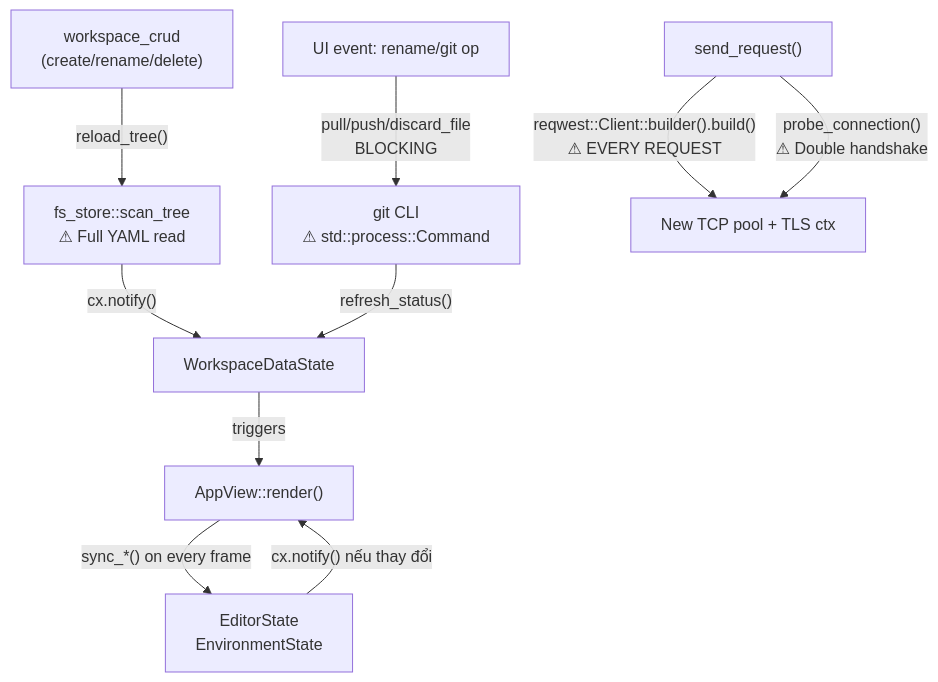
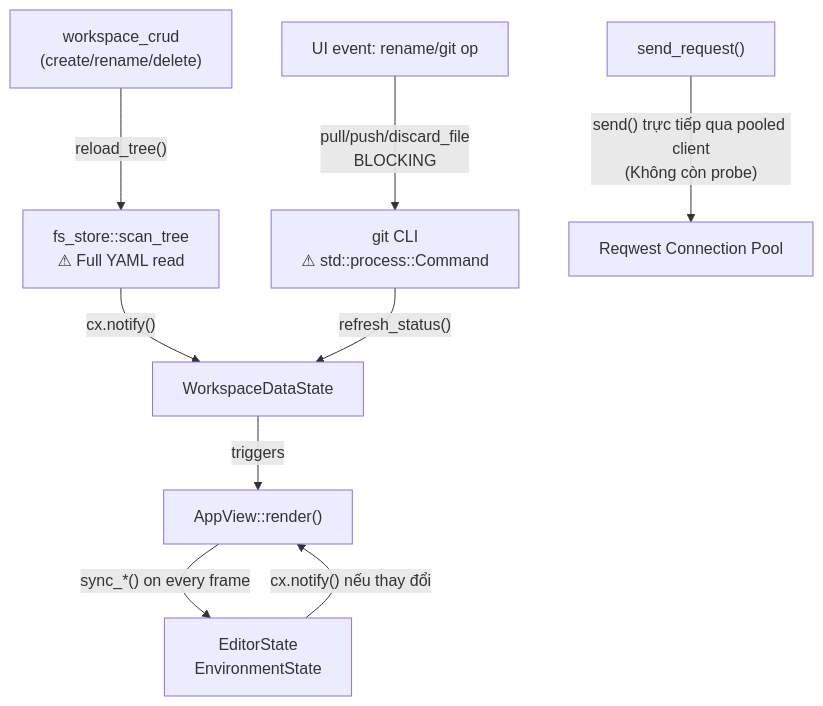
One commit to dungmv/rest-client changed the first of 2 diagrams in docs/technical-debt-02.md. Above: the diagram before and after it, drawn with Mermaid. The commit also changed other lines of this file and 3 other files, not shown here.

First line of the commit message:
perf(core): reuse reqwest::Client connection pool and remove redundant TCP probe

````diff
--- a/docs/technical-debt-02.md
+++ b/docs/technical-debt-02.md
@@ -455,14 +450,13 @@
 ```mermaid
 flowchart TD
     A["workspace_crud\n(create/rename/delete)"] -->|"reload_tree()"| B["fs_store::scan_tree\n⚠ Full YAML read"]
     B -->|"cx.notify()"| C["WorkspaceDataState"]
     C -->|triggers| D["AppView::render()"]
     D -->|"sync_*() on every frame"| E["EditorState\nEnvironmentState"]
     E -->|"cx.notify() nếu thay đổi"| D
 
     F["UI event: rename/git op"] -->|"pull/push/discard_file\nBLOCKING"| G["git CLI\n⚠ std::process::Command"]
     G -->|"refresh_status()"| C
 
-    H["send_request()"] -->|"reqwest::Client::builder().build()\n⚠ EVERY REQUEST"| I["New TCP pool + TLS ctx"]
-    H -->|"probe_connection()\n⚠ Double handshake"| I
+    H["send_request()"] -->|"send() trực tiếp qua pooled client\n(Không còn probe)"| I["Reqwest Connection Pool"]
 ```
````
